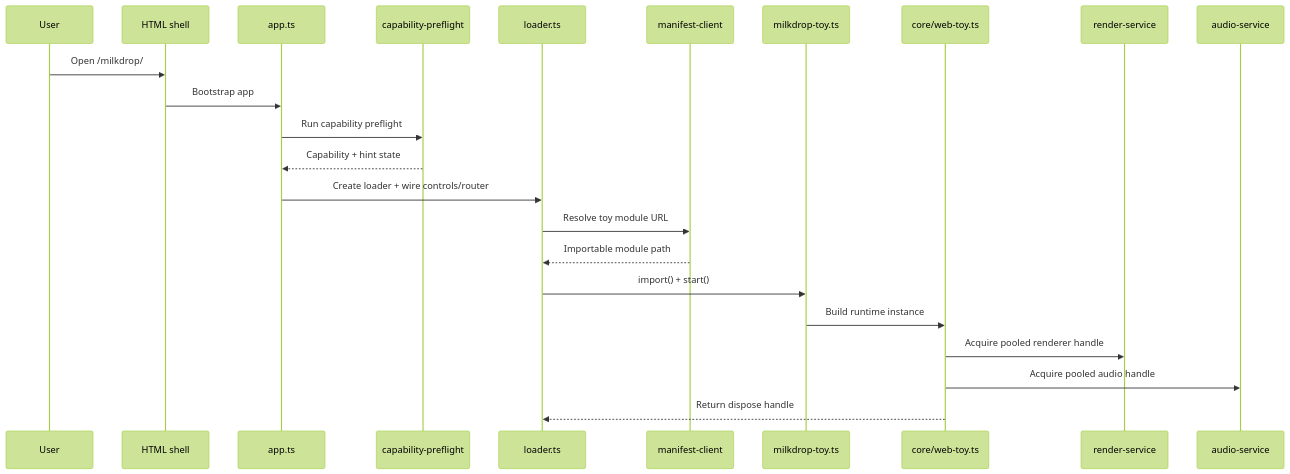
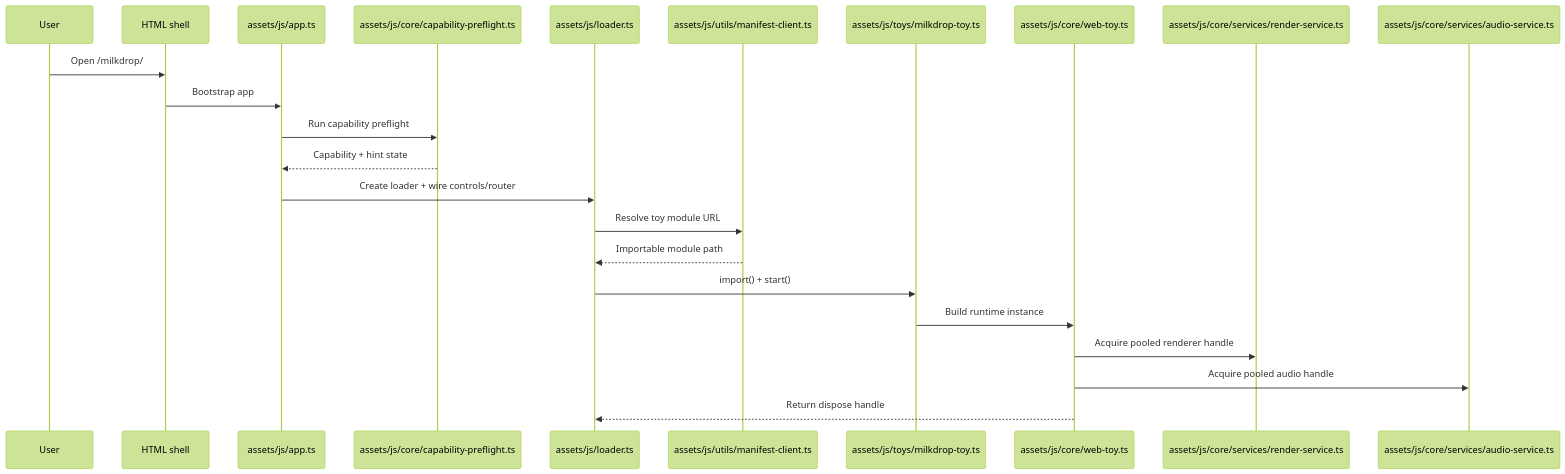
The second of 5 diagrams in docs/ARCHITECTURE.md (zz-plant/stims), drawn with Mermaid (forest theme) before and after one commit. The commit also changed other lines of this file, not shown here.

Commit message:
Standardize architecture diagram paths with assets/js prefixes

````diff
--- a/docs/ARCHITECTURE.md
+++ b/docs/ARCHITECTURE.md
@@ -60,26 +60,26 @@
 ```mermaid
 sequenceDiagram
   participant U as User
   participant S as HTML shell
-  participant A as app.ts
-  participant P as capability-preflight
-  participant L as loader.ts
-  participant M as manifest-client
-  participant T as milkdrop-toy.ts
-  participant C as core/web-toy.ts
-  participant R as render-service
-  participant Au as audio-service
+  participant A as assets/js/app.ts
+  participant P as assets/js/core/capability-preflight.ts
+  participant L as assets/js/loader.ts
+  participant M as assets/js/utils/manifest-client.ts
+  participant T as assets/js/toys/milkdrop-toy.ts
+  participant C as assets/js/core/web-toy.ts
+  participant R as assets/js/core/services/render-service.ts
+  participant Au as assets/js/core/services/audio-service.ts
 
   U->>S: Open /milkdrop/
   S->>A: Bootstrap app
   A->>P: Run capability preflight
   P-->>A: Capability + hint state
   A->>L: Create loader + wire controls/router
   L->>M: Resolve toy module URL
   M-->>L: Importable module path
   L->>T: import() + start()
   T->>C: Build runtime instance
   C->>R: Acquire pooled renderer handle
   C->>Au: Acquire pooled audio handle
   C-->>L: Return dispose handle
 ```
````
